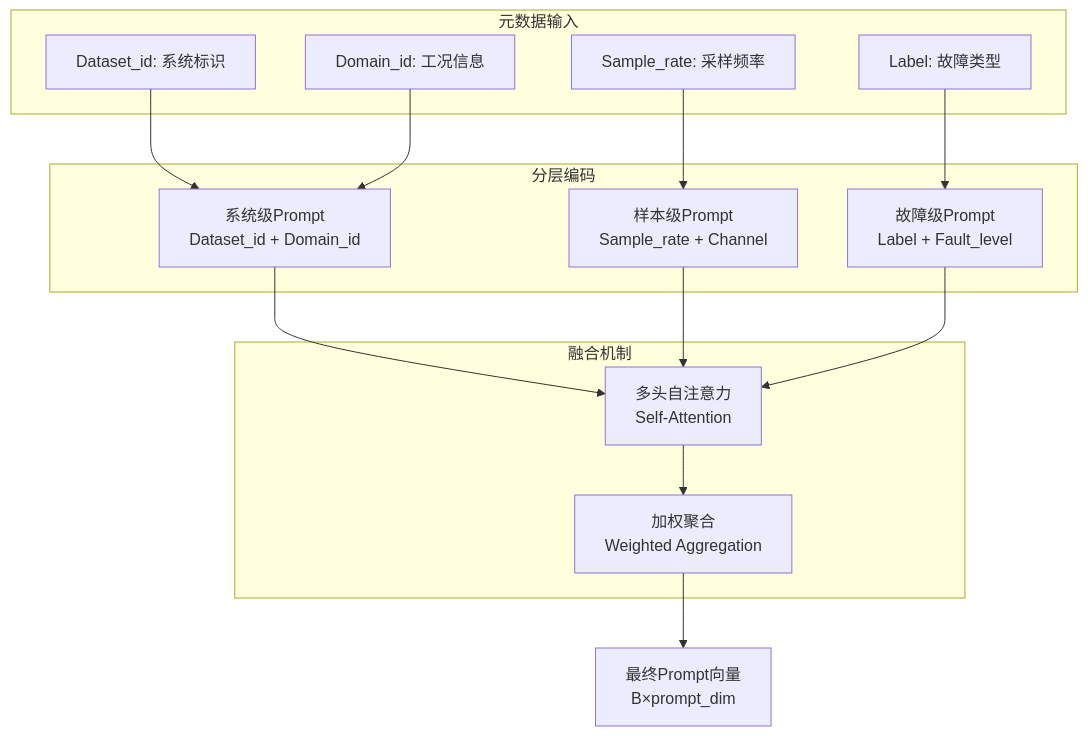
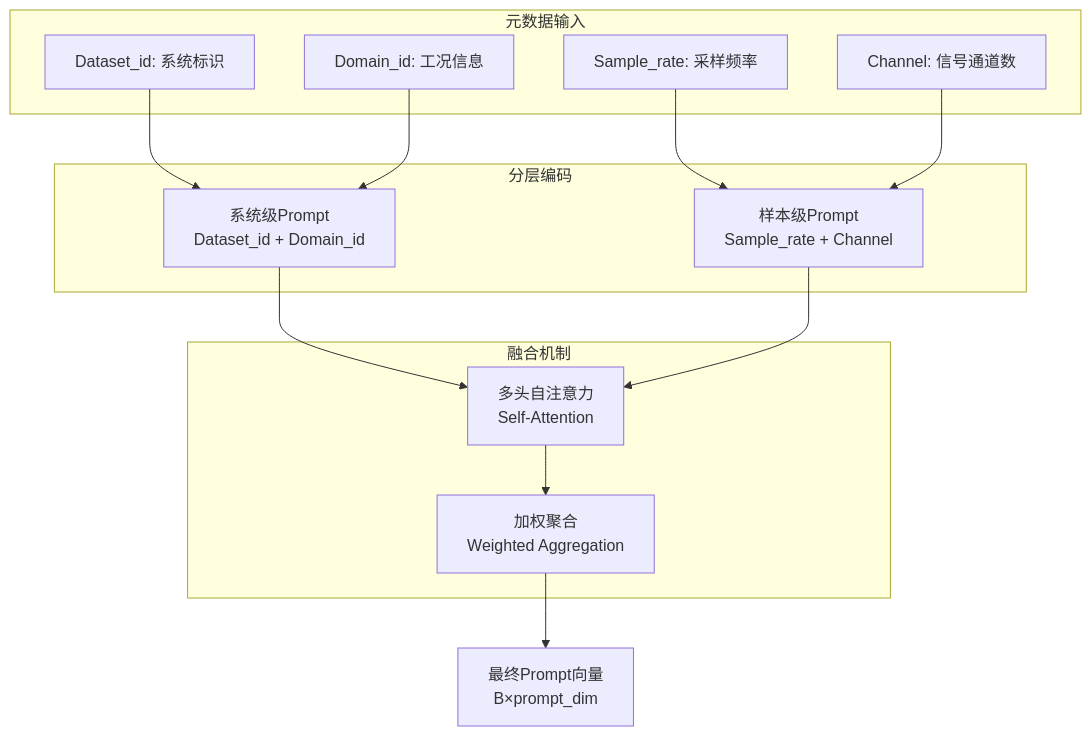
The third of 7 diagrams in .claude/specs/hse-industrial-contrastive-learning/design.md (PHMbench/PHM-Vibench), drawn with Mermaid before and after one commit. The commit also changed other lines of this file and 18 other files, not shown here.

````diff
--- a/.claude/specs/hse-industrial-contrastive-learning/design.md
+++ b/.claude/specs/hse-industrial-contrastive-learning/design.md
@@ -138,32 +138,30 @@
 ```mermaid
 graph TD
     subgraph "元数据输入"
         M1[Dataset_id: 系统标识]
         M2[Domain_id: 工况信息]
         M3[Sample_rate: 采样频率]
-        M4[Label: 故障类型]
+        M4[Channel: 信号通道数]
     end
     
     subgraph "分层编码"
         L1[系统级Prompt<br/>Dataset_id + Domain_id]
         L2[样本级Prompt<br/>Sample_rate + Channel]
-        L3[故障级Prompt<br/>Label + Fault_level]
     end
     
     subgraph "融合机制"
         A1[多头自注意力<br/>Self-Attention]
         A2[加权聚合<br/>Weighted Aggregation]
     end
     
     M1 --> L1
     M2 --> L1
     M3 --> L2
-    M4 --> L3
+    M4 --> L2
     
     L1 --> A1
     L2 --> A1
-    L3 --> A1
     
     A1 --> A2
     A2 --> P[最终Prompt向量<br/>B×prompt_dim]
 ```
````
